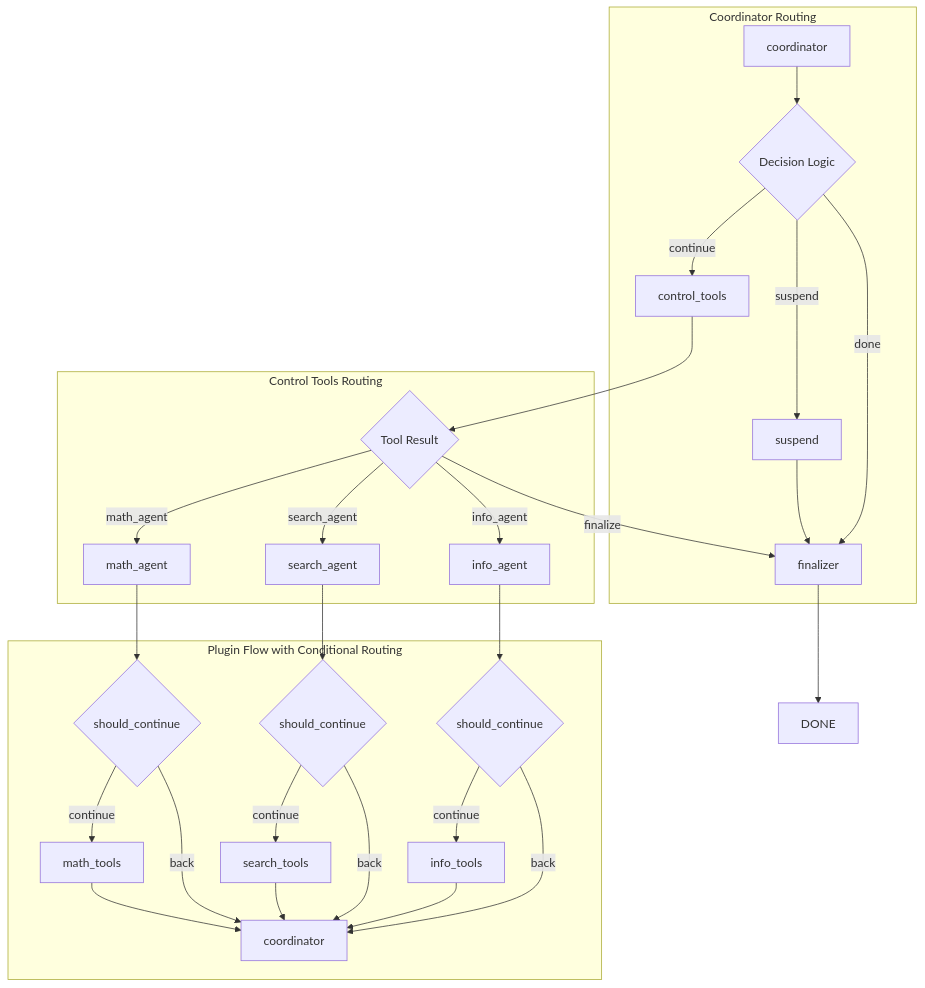
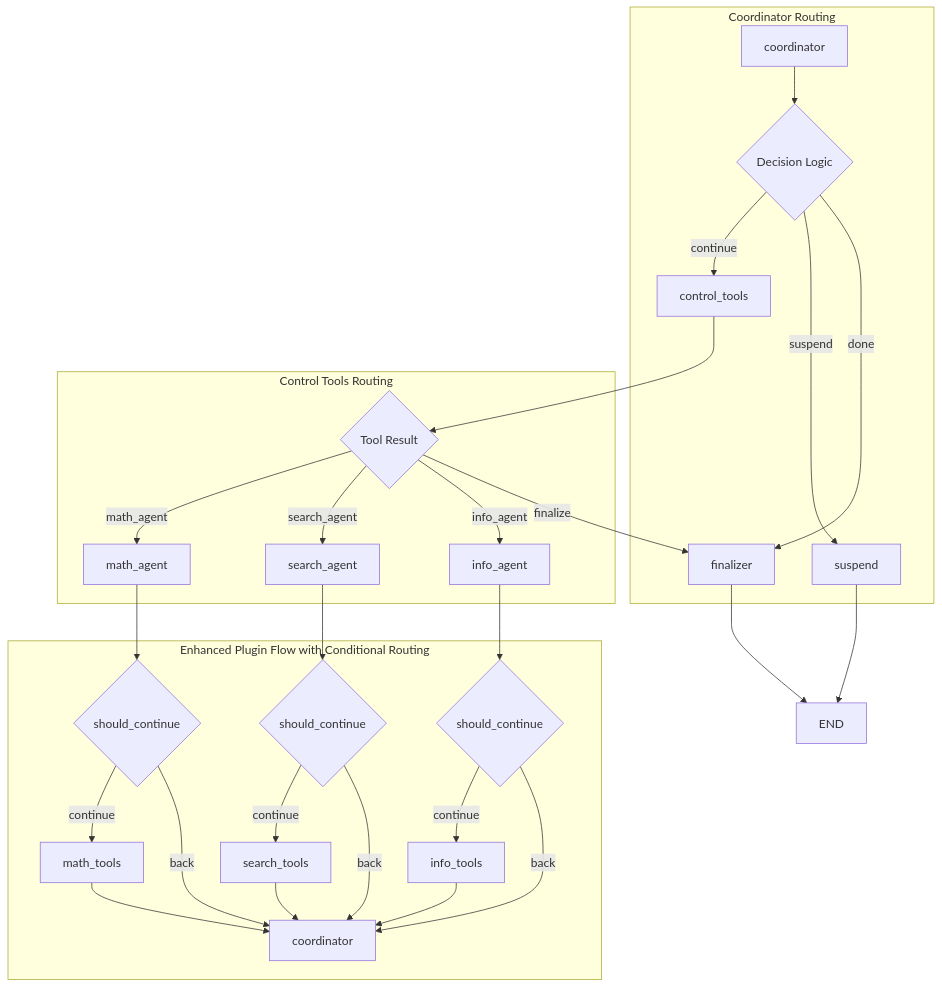
One commit to jonaskahn/cadence changed the fourth of 9 diagrams in docs/concepts/langgraph-architecture.md. Above: the diagram before and after it, drawn with Mermaid. The commit also changed other lines of this file and 5 other files, not shown here.

````diff
--- a/docs/concepts/langgraph-architecture.md
+++ b/docs/concepts/langgraph-architecture.md
@@ -139,35 +127,35 @@
 ```mermaid
 graph TB
     subgraph "Coordinator Routing"
         A[coordinator] --> B{Decision Logic}
         B -->|continue| C[control_tools]
         B -->|suspend| D[suspend]
         B -->|done| E[finalizer]
     end
     
     subgraph "Control Tools Routing"
         C --> F{Tool Result}
         F -->|math_agent| G[math_agent]
         F -->|search_agent| H[search_agent]
         F -->|info_agent| I[info_agent]
         F -->|finalize| E
     end
     
-    subgraph "Plugin Flow with Conditional Routing"
+    subgraph "Enhanced Plugin Flow with Conditional Routing"
         G --> J{should_continue}
         H --> K{should_continue}
         I --> L{should_continue}
         J -->|continue| M[math_tools]
         J -->|back| N[coordinator]
         K -->|continue| O[search_tools]
         K -->|back| N
         L -->|continue| P[info_tools]
         L -->|back| N
         M --> N
         O --> N
         P --> N
     end
     
-    D --> E
-    E --> Q[DONE]
+    D --> Q[END]
+    E --> Q
 ```
````
